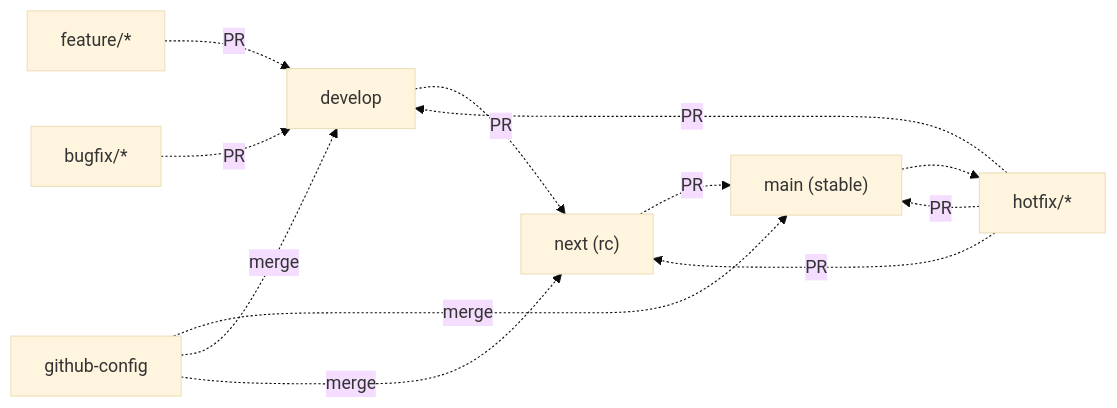
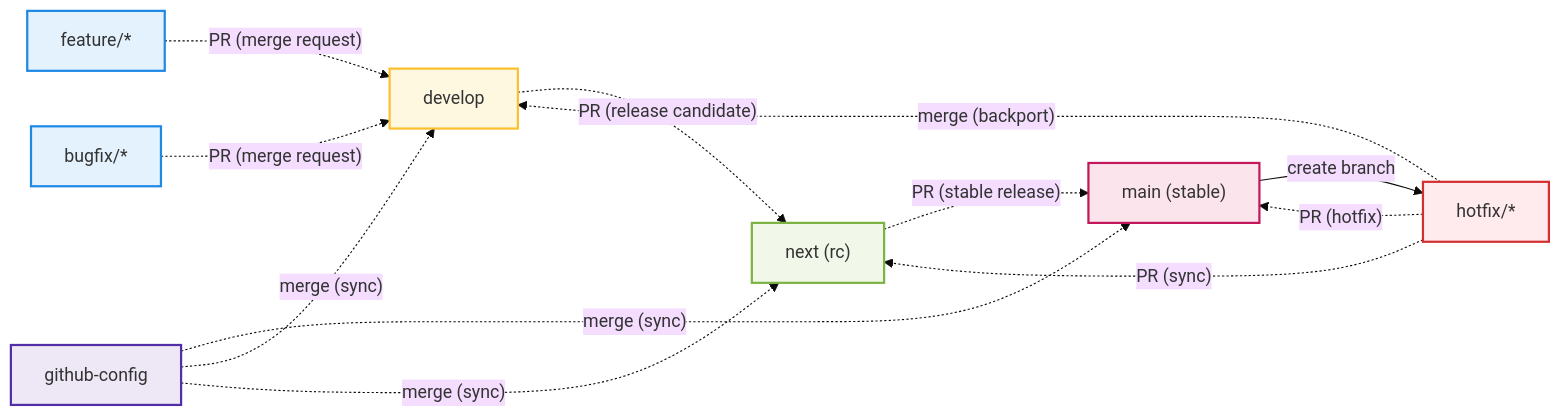
Before and after one commit to andrea-raiola-kntn/automotive-sdk--semantic: the diagram in README.md, drawn with Mermaid (base theme).

Commit message:
chore(github): Github Flow in mermaid #4

````diff
--- a/README.md
+++ b/README.md
@@ -46,23 +46,30 @@
 ```mermaid
 flowchart LR
     %% Feature/Bugfix merge
-    F[feature/*] -. PR .-> D[develop]
-    B[bugfix/*] -. PR .-> D
+    F[feature/*] -. PR (merge request) .-> D[develop]
+    B[bugfix/*]  -. PR (merge request) .-> D
 
     %% Release flow
-    D -.  PR .-> N["next (rc)"]
-    N -.  PR .-> M["main (stable)"]
+    D -. PR (release candidate) .-> N["next (rc)"]
+    N -. PR (stable release) .-> M["main (stable)"]
 
     %% Hotfix flow
-    M .-> H[hotfix/*]
-    H[hotfix/*] -. PR .-> M
-    H[hotfix/*] -. PR .-> D
-    H[hotfix/*] -. PR .-> N
+    M -- create branch --> H[hotfix/*]
+    H -. PR (hotfix) .-> M
+    H -. PR (sync) .-> N
+    H -. merge (backport) .-> D
 
     %% GitHub Config flow
-    G[github-config] -. merge .-> M
-    G[github-config] -. merge .-> D
-    G[github-config] -. merge .-> N
+    G[github-config] -. merge (sync) .-> M
+    G -. merge (sync) .-> D
+    G -. merge (sync) .-> N
 
-
+    %% Styling
+    style F fill:#e3f2fd,stroke:#1e88e5,stroke-width:2px
+    style B fill:#e3f2fd,stroke:#1e88e5,stroke-width:2px
+    style D fill:#fff8e1,stroke:#fbc02d,stroke-width:2px
+    style N fill:#f1f8e9,stroke:#7cb342,stroke-width:2px
+    style M fill:#fce4ec,stroke:#c2185b,stroke-width:2px
+    style H fill:#ffebee,stroke:#d32f2f,stroke-width:2px
+    style G fill:#ede7f6,stroke:#512da8,stroke-width:2px
 ```
````
